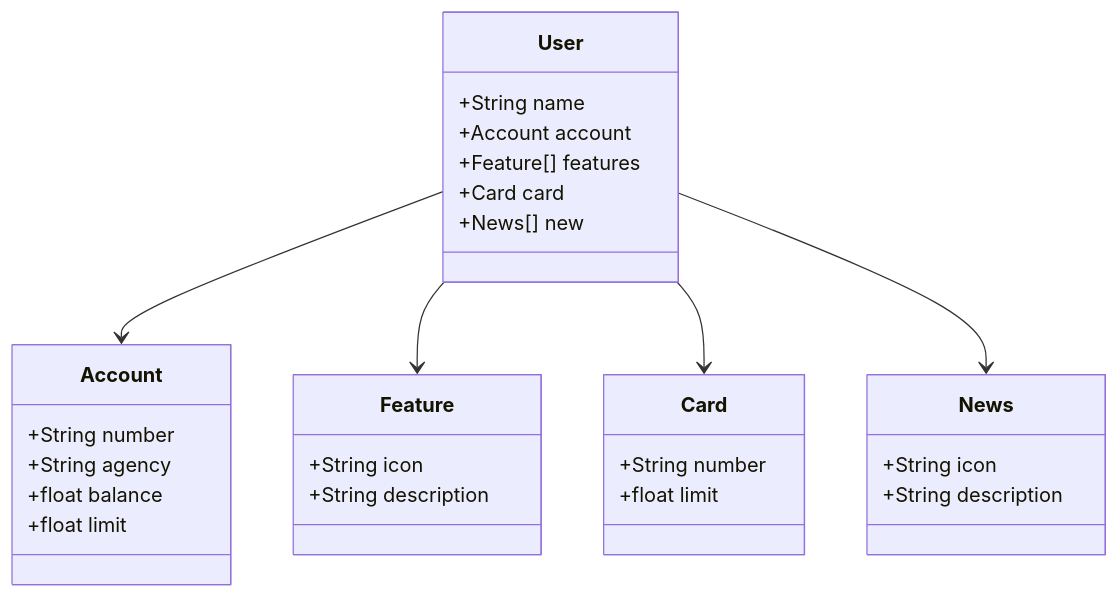
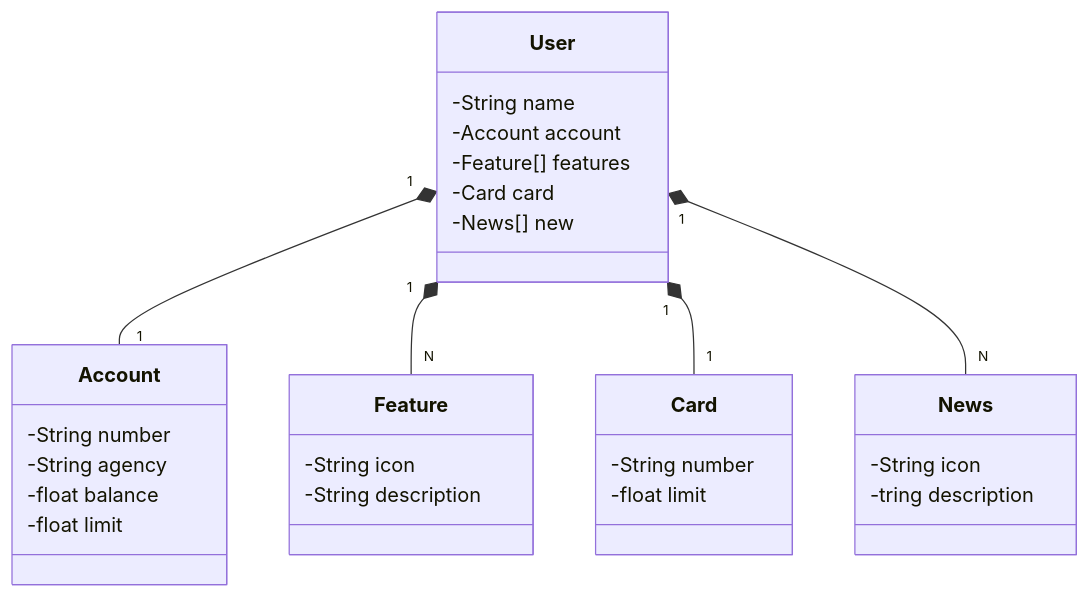
One commit to wagnerdsodre/api-restful-api-bank-v1-2024 changed the diagram in README.md. Above: the diagram before and after it, drawn with Mermaid.

Commit message:
Relationships between class

````diff
--- a/README.md
+++ b/README.md
@@ -10,37 +10,37 @@
 ```mermaid
 classDiagram
     class User {
-        +String name
-        +Account account
-        +Feature[] features
-        +Card card
-        +News[] new
+        -String name
+        -Account account
+        -Feature[] features
+        -Card card
+        -News[] new
     }
 
     class Account {
-        +String number
-        +String agency
-        +float balance
-        +float limit
+        -String number
+        -String agency
+        -float balance
+        -float limit
     }
 
     class Feature {
-        +String icon
-        +String description
+        -String icon
+        -String description
     }
 
     class Card {
-        +String number
-        +float limit
+        -String number
+        -float limit
     }
 
     class News {
-        +String icon
-        +String description
+        -String icon
+        -tring description
     }
 
-    User --> Account
-    User --> Feature
-    User --> Card
-    User --> News
+    User "1" *-- "1" Account
+    User "1" *-- "N" Feature
+    User "1" *-- "1" Card
+    User "1" *-- "N" News
 ```
````
